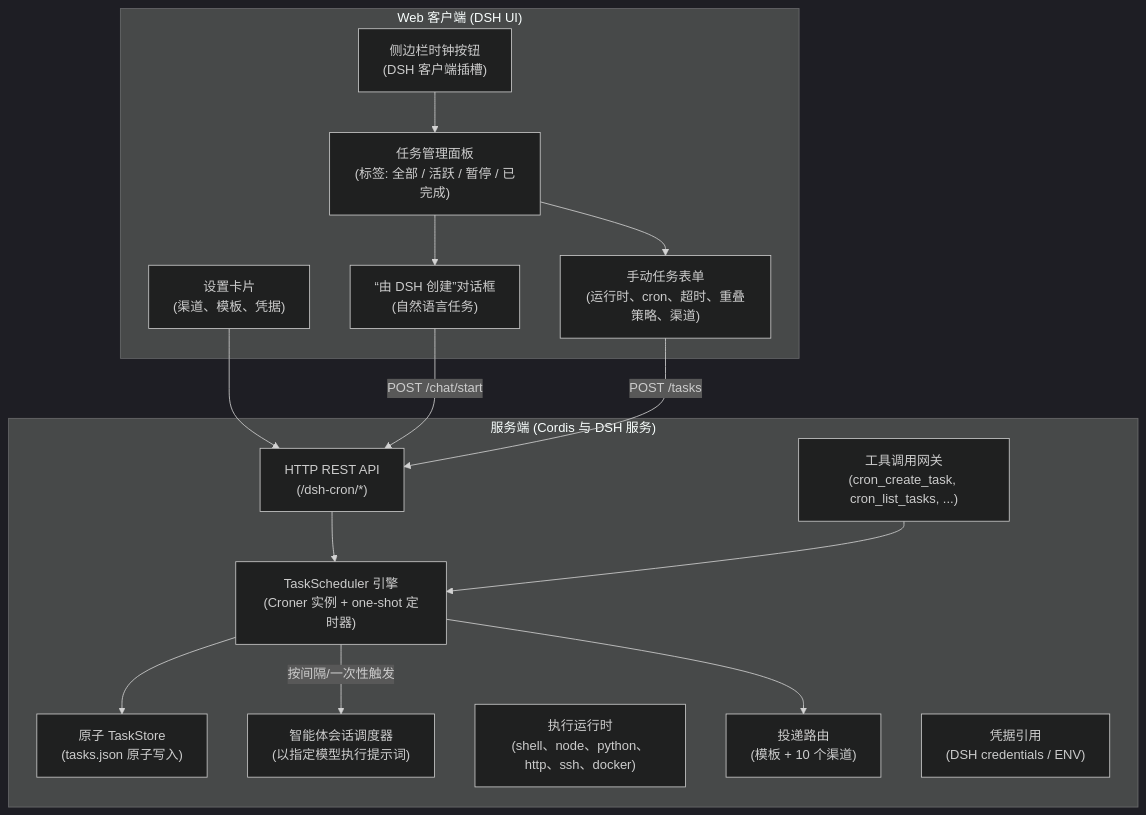
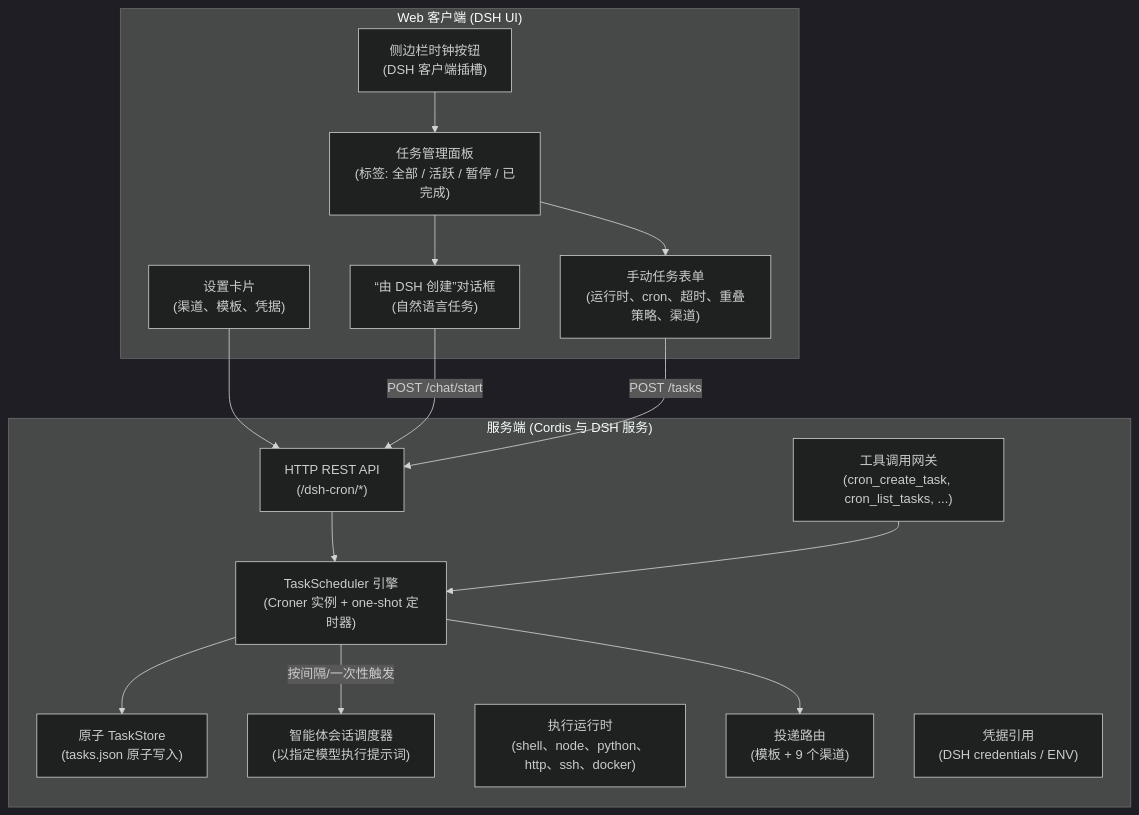
Before and after one commit to GooDAnDReaDY/dsh-cron: the diagram in docs/README.zh.md, drawn with Mermaid (dark theme). The commit also changed other lines of this file and 12 other files, not shown here.

````diff
--- a/docs/README.zh.md
+++ b/docs/README.zh.md
@@ -45,33 +45,33 @@
 ```mermaid
 graph TD
     subgraph Client ["Web 客户端 (DSH UI)"]
         SidebarBtn["侧边栏时钟按钮<br/>(DSH 客户端插槽)"]
         Overlay["任务管理面板<br/>(标签: 全部 / 活跃 / 暂停 / 已完成)"]
         CreateWithDSH["“由 DSH 创建”对话框<br/>(自然语言任务)"]
         ManualForm["手动任务表单<br/>(运行时、cron、超时、重叠策略、渠道)"]
         SettingsCard["设置卡片<br/>(渠道、模板、凭据)"]
     end
 
     subgraph Server ["服务端 (Cordis 与 DSH 服务)"]
         HttpRoutes["HTTP REST API<br/>(/dsh-cron/*)"]
         AgentTools["工具调用网关<br/>(cron_create_task, cron_list_tasks, ...)"]
         Scheduler["TaskScheduler 引擎<br/>(Croner 实例 + one-shot 定时器)"]
         Store["原子 TaskStore<br/>(tasks.json 原子写入)"]
         AgentRunner["智能体会话调度器<br/>(以指定模型执行提示词)"]
         Runtimes["执行运行时<br/>(shell、node、python、http、ssh、docker)"]
-        Notify["投递路由<br/>(模板 + 10 个渠道)"]
+        Notify["投递路由<br/>(模板 + 9 个渠道)"]
         Secrets["凭据引用<br/>(DSH credentials / ENV)"]
     end
 
     SidebarBtn --> Overlay
     Overlay --> CreateWithDSH
     Overlay --> ManualForm
     SettingsCard --> HttpRoutes
     CreateWithDSH -->|POST /chat/start| HttpRoutes
     ManualForm -->|POST /tasks| HttpRoutes
     HttpRoutes --> Scheduler
     AgentTools --> Scheduler
     Scheduler --> Store
     Scheduler -->|按间隔/一次性触发| AgentRunner
     Scheduler --> Notify
 ```
````
